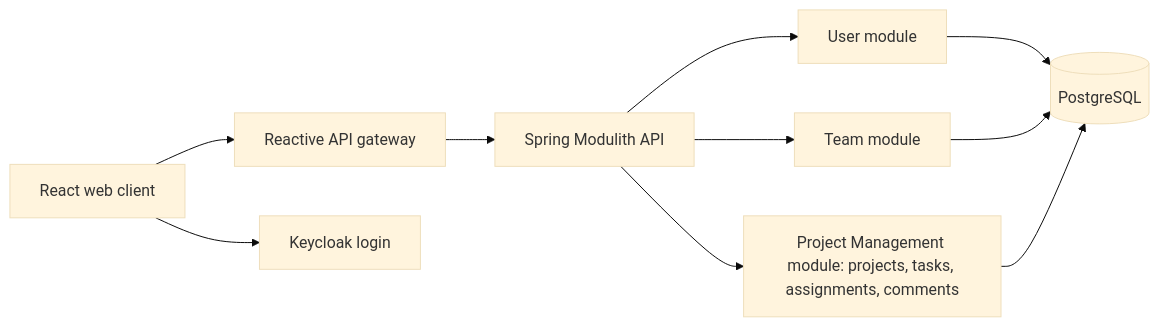
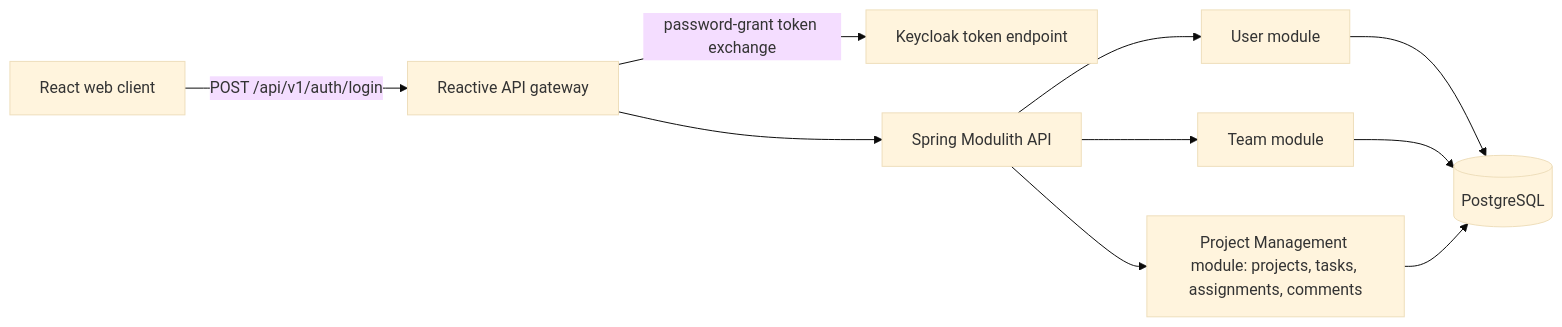
One commit to WikiCoding/matriz-ai_powered_engineering_course changed the diagram in docs/architecture.md. Above: the diagram before and after it, drawn with Mermaid (base theme). The commit also changed other lines of this file and 19 other files, not shown here.

Commit message:
Implementing US01 user stories in matriz-api-gateway service with creating users not testable end to end yet due to missing backend

````diff
--- a/docs/architecture.md
+++ b/docs/architecture.md
@@ -23,12 +23,12 @@
 ```mermaid
 flowchart LR
-  Web[React web client] --> Gateway[Reactive API gateway]
-  Web --> KC[Keycloak login]
+  Web[React web client] -->|POST /api/v1/auth/login| Gateway[Reactive API gateway]
+  Gateway -->|password-grant token exchange| KC[Keycloak token endpoint]
   Gateway --> API[Spring Modulith API]
   API --> Users[User module]
   API --> Teams[Team module]
   API --> ProjectManagement[Project Management module: projects, tasks, assignments, comments]
   Users --> DB[(PostgreSQL)]
   Teams --> DB
   ProjectManagement --> DB
 ```
````
